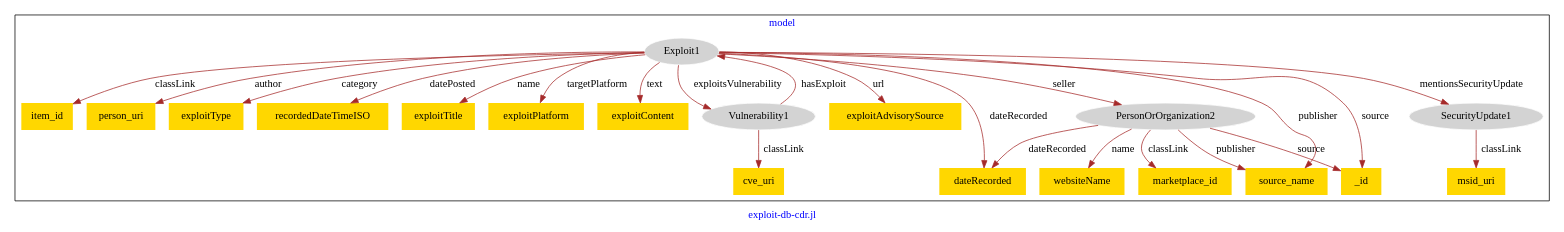
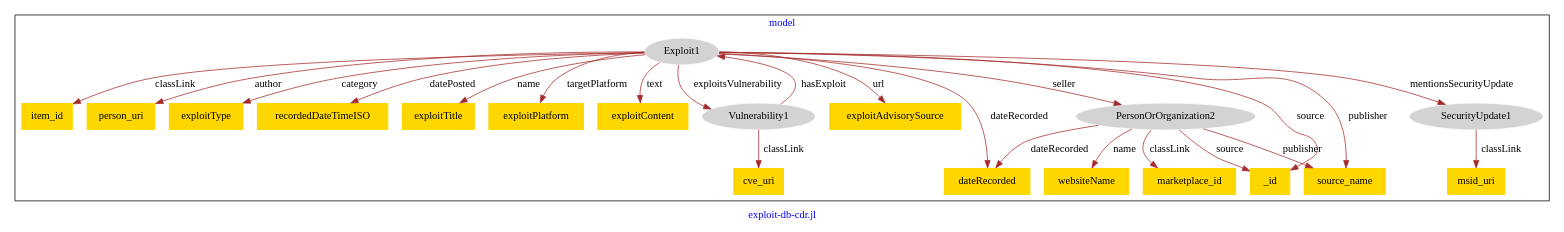
Before and after one commit to usc-isi-i2/effect-alignment: the diagram in models/asu-exploit-db/exploit-db-model.dot, drawn with Graphviz.

Commit message:
Update file exploit-db-model.dot

```diff
--- a/models/asu-exploit-db/exploit-db-model.dot
+++ b/models/asu-exploit-db/exploit-db-model.dot
@@ -1,49 +1,49 @@
 digraph n0 {
 fontcolor="blue"
 remincross="true"
 label="exploit-db-cdr.jl"
 subgraph cluster {
 label="model"
 n2[style="filled",color="white",fillcolor="lightgray",label="Exploit1"];
 n3[shape="plaintext",style="filled",fillcolor="gold",label="item_id"];
 n4[style="filled",color="white",fillcolor="lightgray",label="Vulnerability1"];
 n5[shape="plaintext",style="filled",fillcolor="gold",label="person_uri"];
 n6[shape="plaintext",style="filled",fillcolor="gold",label="exploitType"];
 n7[shape="plaintext",style="filled",fillcolor="gold",label="recordedDateTimeISO"];
 n8[shape="plaintext",style="filled",fillcolor="gold",label="exploitTitle"];
 n9[shape="plaintext",style="filled",fillcolor="gold",label="exploitPlatform"];
 n10[shape="plaintext",style="filled",fillcolor="gold",label="exploitContent"];
 n11[shape="plaintext",style="filled",fillcolor="gold",label="exploitAdvisorySource"];
 n12[style="filled",color="white",fillcolor="lightgray",label="PersonOrOrganization2"];
 n13[shape="plaintext",style="filled",fillcolor="gold",label="marketplace_id"];
 n14[shape="plaintext",style="filled",fillcolor="gold",label="websiteName"];
-n15[shape="plaintext",style="filled",fillcolor="gold",label="source_name"];
+n15[shape="plaintext",style="filled",fillcolor="gold",label="_id"];
 n16[style="filled",color="white",fillcolor="lightgray",label="SecurityUpdate1"];
 n17[shape="plaintext",style="filled",fillcolor="gold",label="msid_uri"];
 n18[shape="plaintext",style="filled",fillcolor="gold",label="cve_uri"];
-n19[shape="plaintext",style="filled",fillcolor="gold",label="_id"];
+n19[shape="plaintext",style="filled",fillcolor="gold",label="source_name"];
 n20[shape="plaintext",style="filled",fillcolor="gold",label="dateRecorded"];
 }
 n2 -> n3[color="brown",fontcolor="black",label="classLink"]
 n2 -> n4[color="brown",fontcolor="black",label="exploitsVulnerability"]
 n2 -> n5[color="brown",fontcolor="black",label="author"]
 n2 -> n6[color="brown",fontcolor="black",label="category"]
 n2 -> n7[color="brown",fontcolor="black",label="datePosted"]
 n2 -> n8[color="brown",fontcolor="black",label="name"]
 n2 -> n9[color="brown",fontcolor="black",label="targetPlatform"]
 n2 -> n10[color="brown",fontcolor="black",label="text"]
 n2 -> n11[color="brown",fontcolor="black",label="url"]
 n12 -> n13[color="brown",fontcolor="black",label="classLink"]
 n12 -> n14[color="brown",fontcolor="black",label="name"]
-n12 -> n15[color="brown",fontcolor="black",label="publisher"]
+n12 -> n15[color="brown",fontcolor="black",label="source"]
 n16 -> n17[color="brown",fontcolor="black",label="classLink"]
 n4 -> n18[color="brown",fontcolor="black",label="classLink"]
+n2 -> n15[color="brown",fontcolor="black",label="source"]
 n2 -> n16[color="brown",fontcolor="black",label="mentionsSecurityUpdate"]
 n2 -> n12[color="brown",fontcolor="black",label="seller"]
-n2 -> n19[color="brown",fontcolor="black",label="source"]
+n2 -> n19[color="brown",fontcolor="black",label="publisher"]
+n12 -> n19[color="brown",fontcolor="black",label="publisher"]
 n12 -> n20[color="brown",fontcolor="black",label="dateRecorded"]
 n4 -> n2[color="brown",fontcolor="black",label="hasExploit"]
-n12 -> n19[color="brown",fontcolor="black",label="source"]
 n2 -> n20[color="brown",fontcolor="black",label="dateRecorded"]
-n2 -> n15[color="brown",fontcolor="black",label="publisher"]
 }
```
